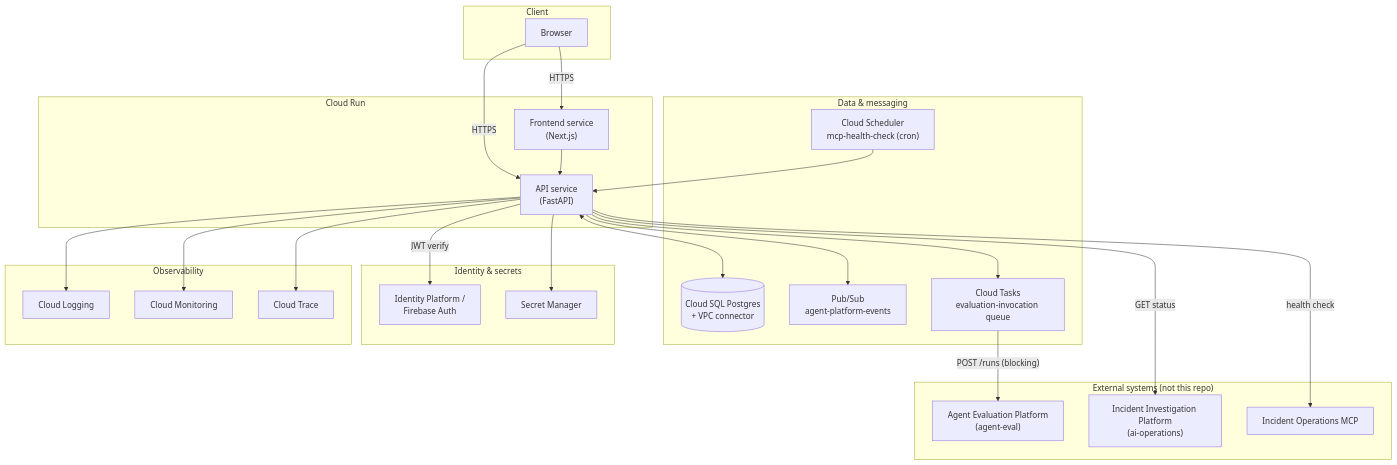
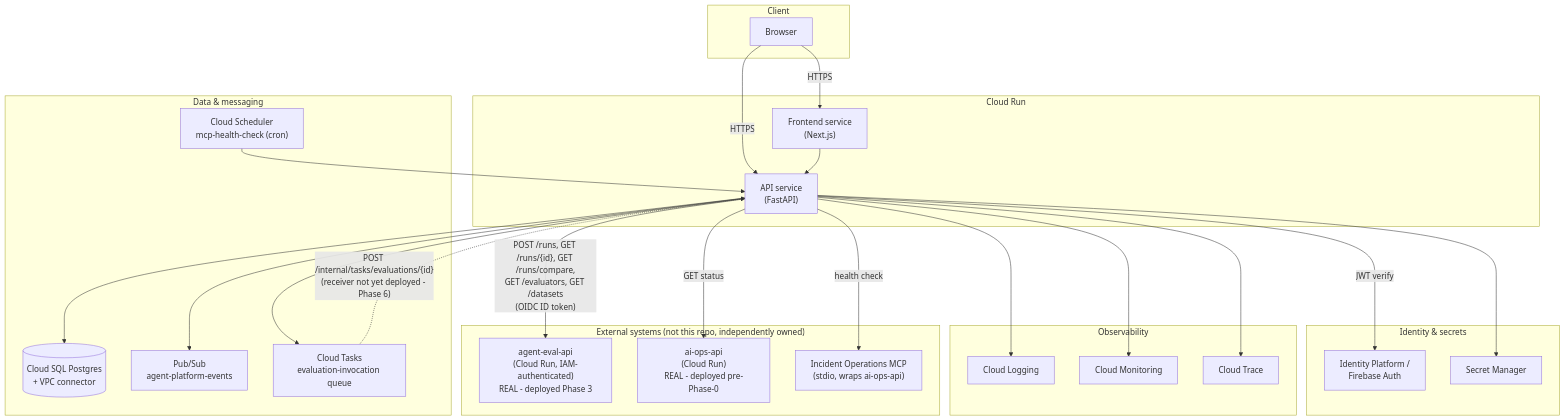
One commit to fegbewunmi/agent-developer-platform changed the diagram in docs/gcp-architecture.md. Above: the diagram before and after it, drawn with Mermaid. The commit also changed other lines of this file and 46 other files, not shown here.

Commit message:
Phase 3: real Agent Evaluation Platform integration, policies, gates, freshness

````diff
--- a/docs/gcp-architecture.md
+++ b/docs/gcp-architecture.md
@@ -36,51 +61,52 @@
 ```mermaid
 flowchart TB
     subgraph Client
         Browser["Browser"]
     end
 
     subgraph CloudRun["Cloud Run"]
         FE["Frontend service\n(Next.js)"]
         API["API service\n(FastAPI)"]
     end
 
     subgraph Data["Data & messaging"]
         SQL[("Cloud SQL Postgres\n+ VPC connector")]
         PubSub["Pub/Sub\nagent-platform-events"]
         Tasks["Cloud Tasks\nevaluation-invocation queue"]
         Sched["Cloud Scheduler\nmcp-health-check (cron)"]
     end
 
     subgraph Sec["Identity & secrets"]
         IdP["Identity Platform /\nFirebase Auth"]
         SM["Secret Manager"]
     end
 
     subgraph Obs["Observability"]
         CL["Cloud Logging"]
         CM["Cloud Monitoring"]
         CT["Cloud Trace"]
     end
 
-    subgraph External["External systems (not this repo)"]
-        AE["Agent Evaluation Platform\n(agent-eval)"]
-        AO["Incident Investigation Platform\n(ai-operations)"]
-        MCP["Incident Operations MCP"]
+    subgraph External["External systems (not this repo, independently owned)"]
+        AE["agent-eval-api\n(Cloud Run, IAM-authenticated)\nREAL - deployed Phase 3"]
+        AO["ai-ops-api\n(Cloud Run)\nREAL - deployed pre-Phase-0"]
+        MCP["Incident Operations MCP\n(stdio, wraps ai-ops-api)"]
     end
 
     Browser -- HTTPS --> FE
     Browser -- HTTPS --> API
     FE --> API
     API -- JWT verify --> IdP
     API <--> SQL
     API --> PubSub
     API --> Tasks
-    Tasks -- "POST /runs (blocking)" --> AE
+    Tasks -. "POST /internal/tasks/evaluations/{id}\n(receiver not yet deployed - Phase 6)" .-> API
+    API -- "POST /runs, GET /runs/{id}, GET /runs/compare,\nGET /evaluators, GET /datasets\n(OIDC ID token)" --> AE
     API -- "GET status" --> AO
     Sched --> API
     API -- "health check" --> MCP
     API --> SM
     API --> CL
     API --> CM
     API --> CT
 ```
````
